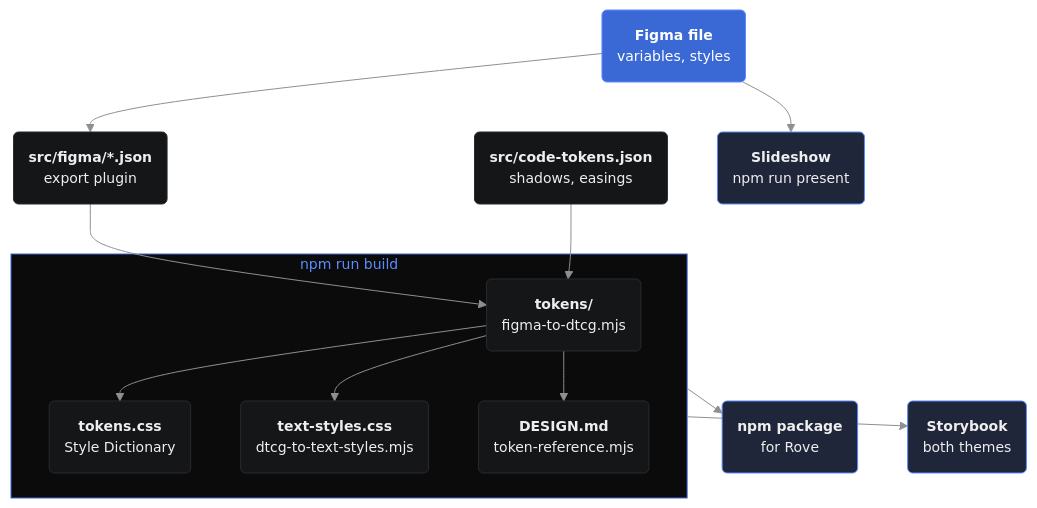
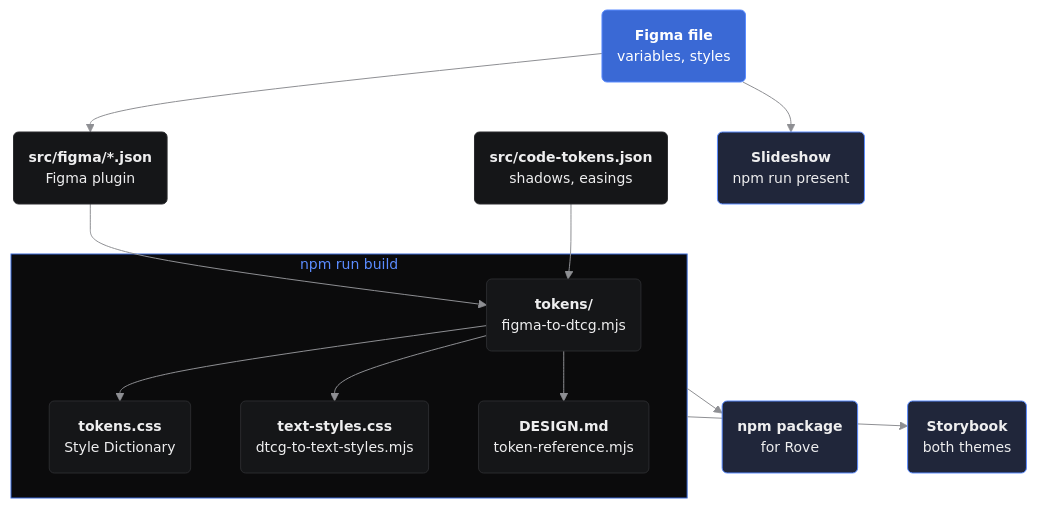
The diagram in README.md (swiftsolve/rove-tokens), drawn with Mermaid before and after one commit. The commit also changed other lines of this file, not shown here.

Commit message:
docs: the chart names the Figma plugin, and the README says what it exports

````diff
--- a/README.md
+++ b/README.md
@@ -41,27 +41,27 @@
 ```mermaid
 %%{init: {"themeCSS": ".cluster-label { translate: 236px 0; }", "theme": "base", "themeVariables": {"fontFamily": "Inter, -apple-system, Segoe UI, Helvetica, Arial, sans-serif", "fontSize": "14px", "primaryColor": "#151618", "primaryTextColor": "#eeeeef", "primaryBorderColor": "#2b2c2f", "lineColor": "#8e8f93", "clusterBkg": "#0b0b0c", "clusterBorder": "#3a69d5", "titleColor": "#5b8cff", "dropShadow": "none"}}}%%
 flowchart TD
   figma("<b>Figma file</b><br/>variables, styles"):::source
-  exports("<b>src/figma/*.json</b><br/>export plugin"):::file
+  exports("<b>src/figma/*.json</b><br/>Figma plugin"):::file
   code("<b>src/code‑tokens.json</b><br/>shadows, easings"):::file
   slides("<b>Slideshow</b><br/>npm run present"):::ship
 
   subgraph build ["npm run build"]
     dtcg("<b>tokens/</b><br/>figma‑to‑dtcg.mjs"):::file
     css("<b>tokens.css</b><br/>Style Dictionary"):::file
     textCss("<b>text-styles.css</b><br/>dtcg‑to‑text‑styles.mjs"):::file
     design("<b>DESIGN.md</b><br/>token‑reference.mjs"):::file
   end
 
   pkg("<b>npm package</b><br/>for Rove"):::ship
   storybook("<b>Storybook</b><br/>both themes"):::ship
 
   figma --> exports & slides
   exports & code --> dtcg
   dtcg --> css & textCss & design
   build --> pkg & storybook
 
   classDef source fill:#3a69d5,stroke:#5b8cff,color:#ffffff
   classDef file fill:#151618,stroke:#2b2c2f,color:#eeeeef
   classDef ship fill:#20263a,stroke:#5b8cff,color:#eeeeef
 ```
````
